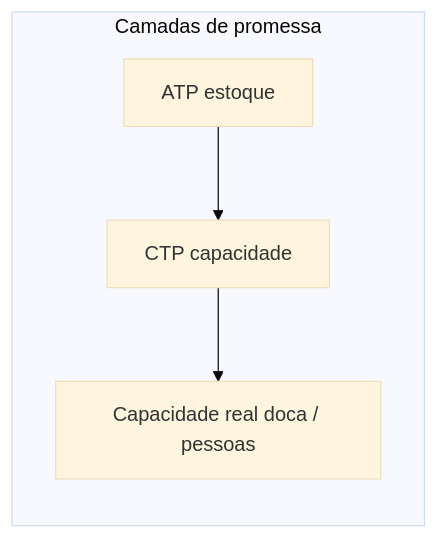
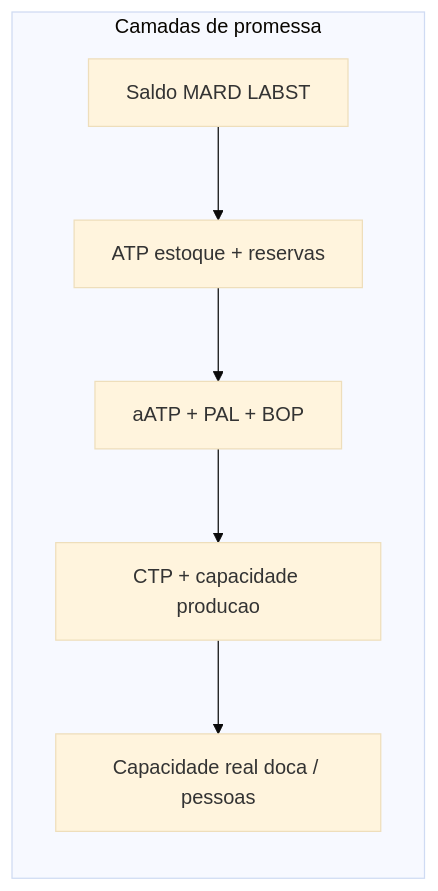
One commit to cleberhensel/logisticon-academy changed the third of 4 diagrams in aulas/trilha-tecnologia-e-sistemas/modulo-02-erp-aplicado-supply-chain/aula-01-documentos-estados-pedido.md. Above: the diagram before and after it, drawn with Mermaid (base theme). The commit also changed other lines of this file and 122 other files, not shown here.

````diff
--- a/aulas/trilha-tecnologia-e-sistemas/modulo-02-erp-aplicado-supply-chain/aula-01-documentos-estados-pedido.md
+++ b/aulas/trilha-tecnologia-e-sistemas/modulo-02-erp-aplicado-supply-chain/aula-01-documentos-estados-pedido.md
@@ -68,9 +125,11 @@
 ```mermaid
 flowchart LR
   subgraph promessa["Camadas de promessa"]
-    ATP[ATP estoque]
-    CTP[CTP capacidade]
+    SAL[Saldo MARD LABST]
+    ATP[ATP estoque + reservas]
+    AATP[aATP + PAL + BOP]
+    CTP[CTP + capacidade producao]
     OPS[Capacidade real doca / pessoas]
   end
-  ATP --> CTP --> OPS
+  SAL --> ATP --> AATP --> CTP --> OPS
 ```
````
